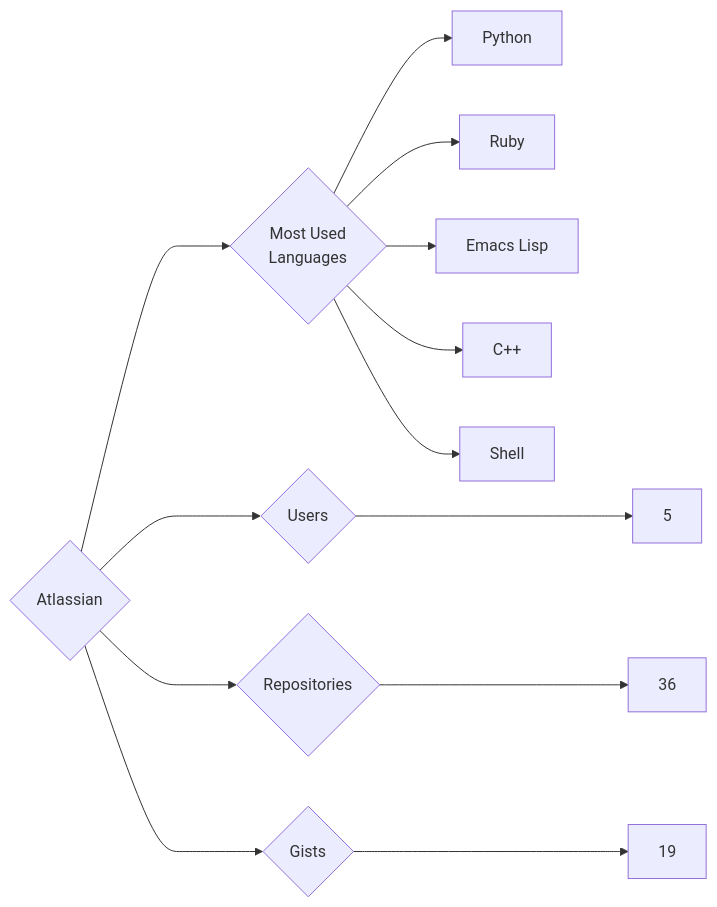
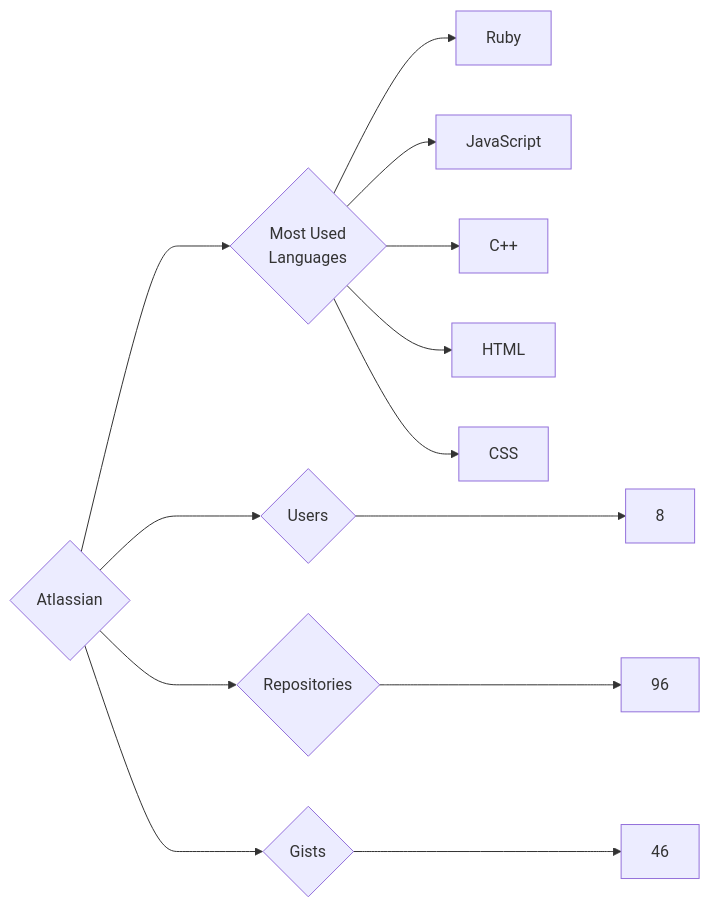
The diagram in targets/Atlassian/README.md (trickest/insiders), drawn with Mermaid before and after one commit. The commit also changed 1175 other files, not shown here.

````diff
--- a/targets/Atlassian/README.md
+++ b/targets/Atlassian/README.md
@@ -3,13 +3,13 @@
 ```mermaid
 graph LR
 COMPANY_NAME{Atlassian}
-COMPANY_NAME ---> U{Users} ---> UN[5]
-COMPANY_NAME ---> R{Repositories} ---> RN[36]
-COMPANY_NAME ---> G{Gists} ---> GN[19]
+COMPANY_NAME ---> U{Users} ---> UN[8]
+COMPANY_NAME ---> R{Repositories} ---> RN[96]
+COMPANY_NAME ---> G{Gists} ---> GN[46]
 COMPANY_NAME ---> ML{Most Used<br>Languages}
-ML --> Python[Python]
 ML --> Ruby[Ruby]
-ML --> Emacs_Lisp[Emacs Lisp]
+ML --> JavaScript[JavaScript]
 ML --> C++[C++]
-ML --> Shell[Shell]
+ML --> HTML[HTML]
+ML --> CSS[CSS]
 ```
````
